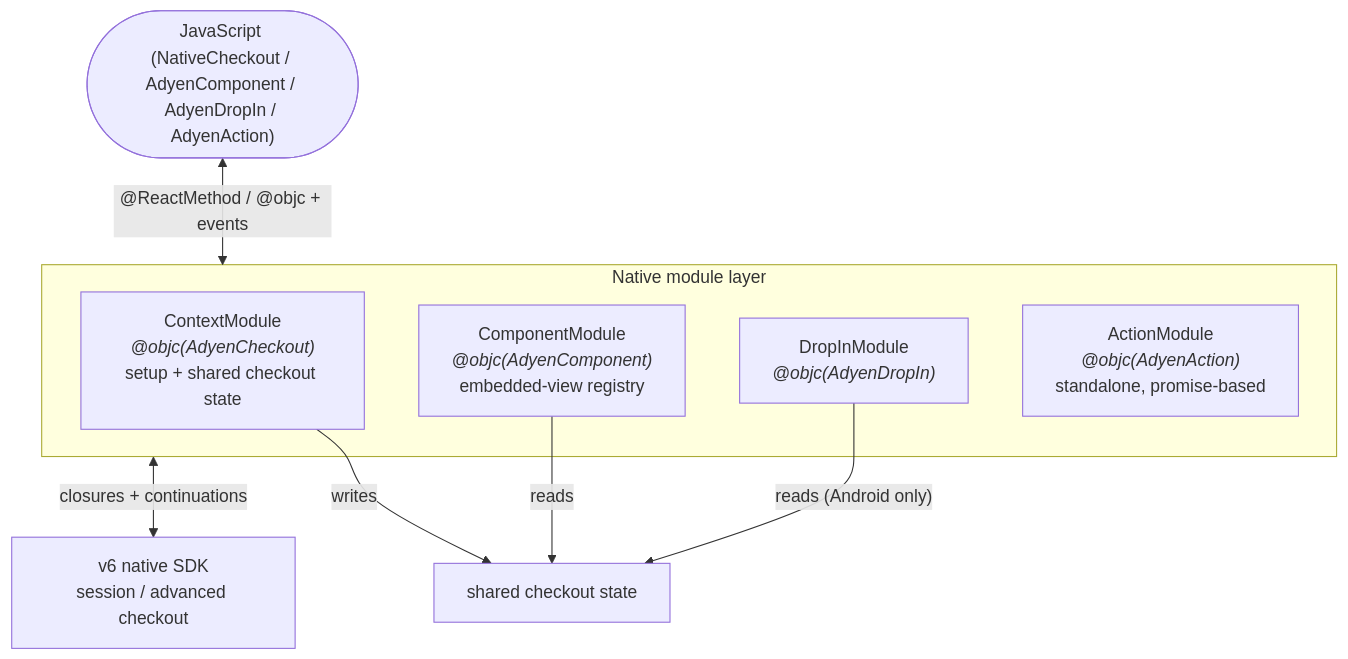
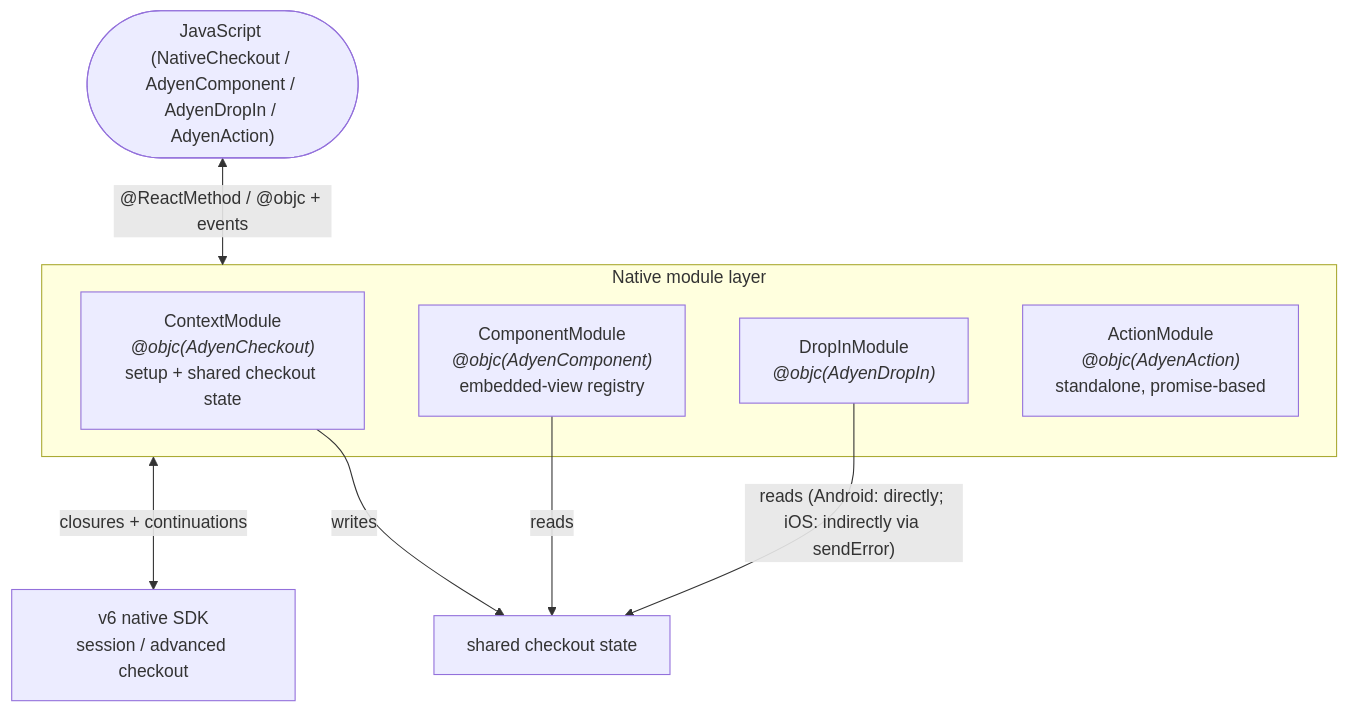
Before and after one commit to Adyen/adyen-react-native: the first of 5 diagrams in docs/native-architecture.md, drawn with Mermaid. The commit also changed other lines of this file and 3 other files, not shown here.

First line of the commit message:
docs: correct round-two accuracy findings and persist Mermaid evidence

````diff
--- a/docs/native-architecture.md
+++ b/docs/native-architecture.md
@@ -12,19 +12,19 @@
 ```mermaid
 flowchart TB
   JS(["JavaScript (NativeCheckout / AdyenComponent / AdyenDropIn / AdyenAction)"])
 
   subgraph N["Native module layer"]
     CTX["ContextModule<br/><i>@objc(AdyenCheckout)</i><br/>setup + shared checkout state"]
     CPM["ComponentModule<br/><i>@objc(AdyenComponent)</i><br/>embedded-view registry"]
     DIM["DropInModule<br/><i>@objc(AdyenDropIn)</i>"]
     ACT["ActionModule<br/><i>@objc(AdyenAction)</i><br/>standalone, promise-based"]
   end
 
   SDK["v6 native SDK<br/>session / advanced checkout"]
 
   JS <-->|"@ReactMethod / @objc + events"| N
   CTX -->|writes| STATE["shared checkout state"]
   CPM -->|reads| STATE
-  DIM -->|"reads (Android only)"| STATE
+  DIM -->|"reads (Android: directly; iOS: indirectly via sendError)"| STATE
   N <-->|"closures + continuations"| SDK
 ```
````
